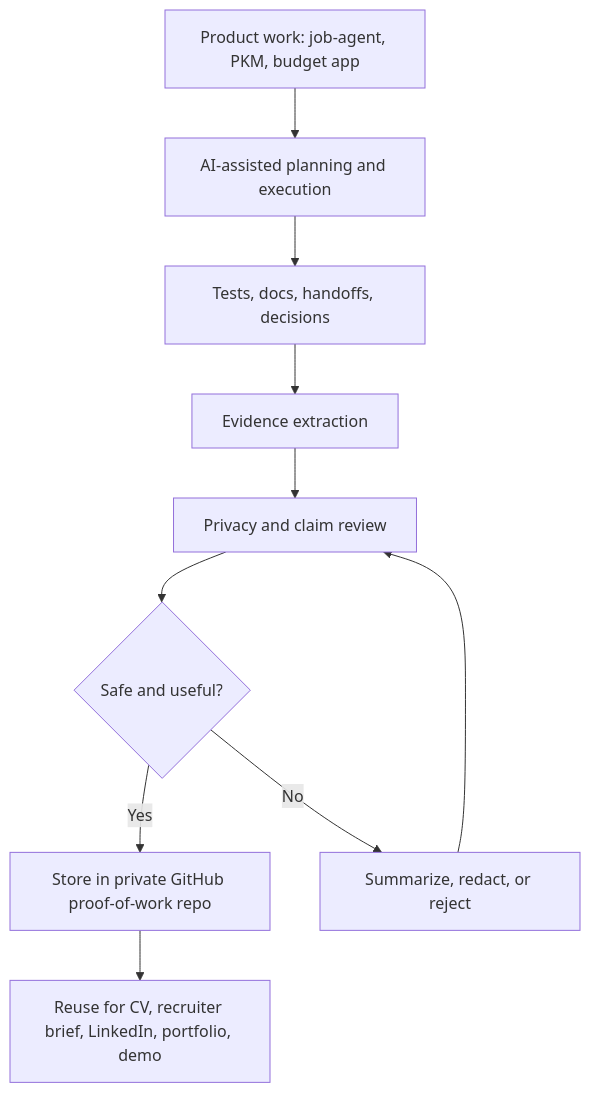
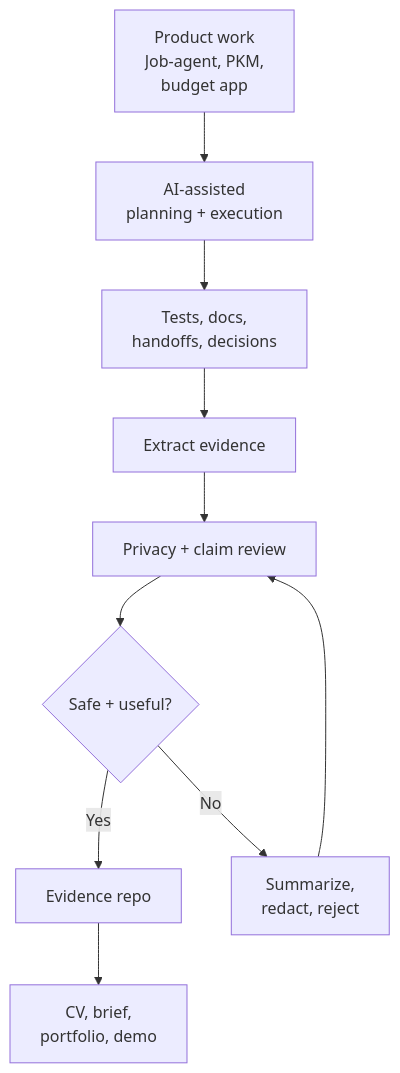
One commit to marcus-uden-dev/ai-native-proof-of-work changed the diagram in diagrams/USER_FLOW.md. Above: the diagram before and after it, drawn with Mermaid. The commit also changed other lines of this file and 78 other files, not shown here.

Commit message:
Reframe strategy and diagrams around project proof

````diff
--- a/diagrams/USER_FLOW.md
+++ b/diagrams/USER_FLOW.md
@@ -6,12 +6,12 @@
 ```mermaid
 flowchart TD
-    A[Product work: job-agent, PKM, budget app] --> B[AI-assisted planning and execution]
-    B --> C[Tests, docs, handoffs, decisions]
-    C --> D[Evidence extraction]
-    D --> E[Privacy and claim review]
-    E --> F{Safe and useful?}
-    F -->|Yes| G[Store in private GitHub proof-of-work repo]
-    F -->|No| H[Summarize, redact, or reject]
+    A["Product work<br/>Job-agent, PKM,<br/>budget app"] --> B["AI-assisted<br/>planning + execution"]
+    B --> C["Tests, docs,<br/>handoffs, decisions"]
+    C --> D["Extract evidence"]
+    D --> E["Privacy + claim review"]
+    E --> F{"Safe + useful?"}
+    F -->|Yes| G["Evidence repo"]
+    F -->|No| H["Summarize,<br/>redact, reject"]
     H --> E
-    G --> I[Reuse for CV, recruiter brief, LinkedIn, portfolio, demo]
+    G --> I["CV, brief,<br/>portfolio, demo"]
 ```
````
